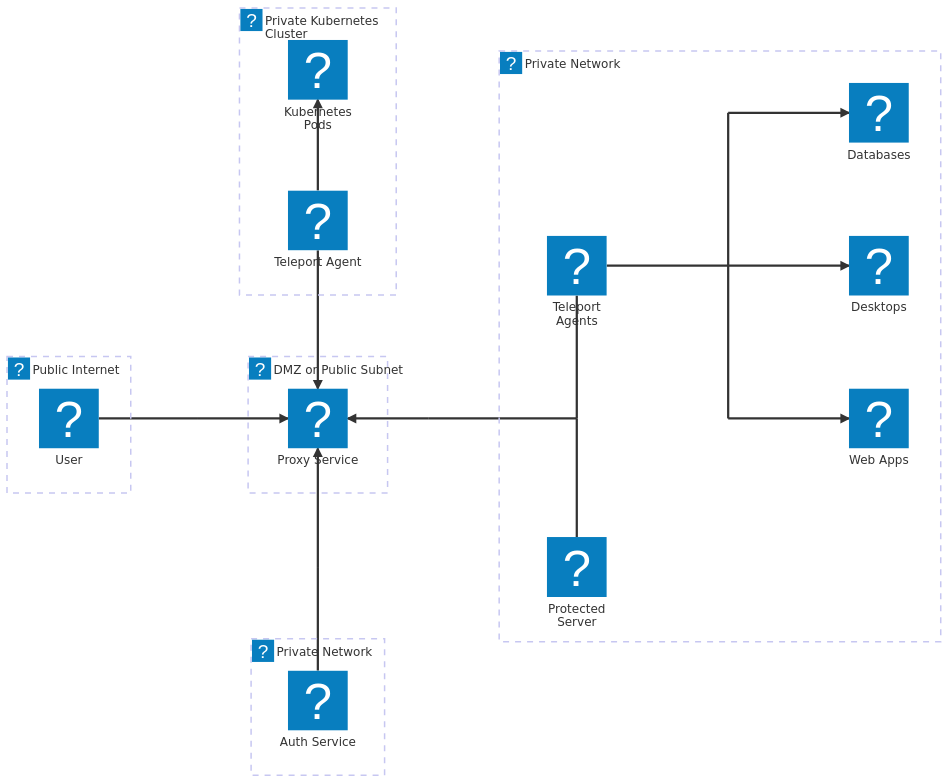
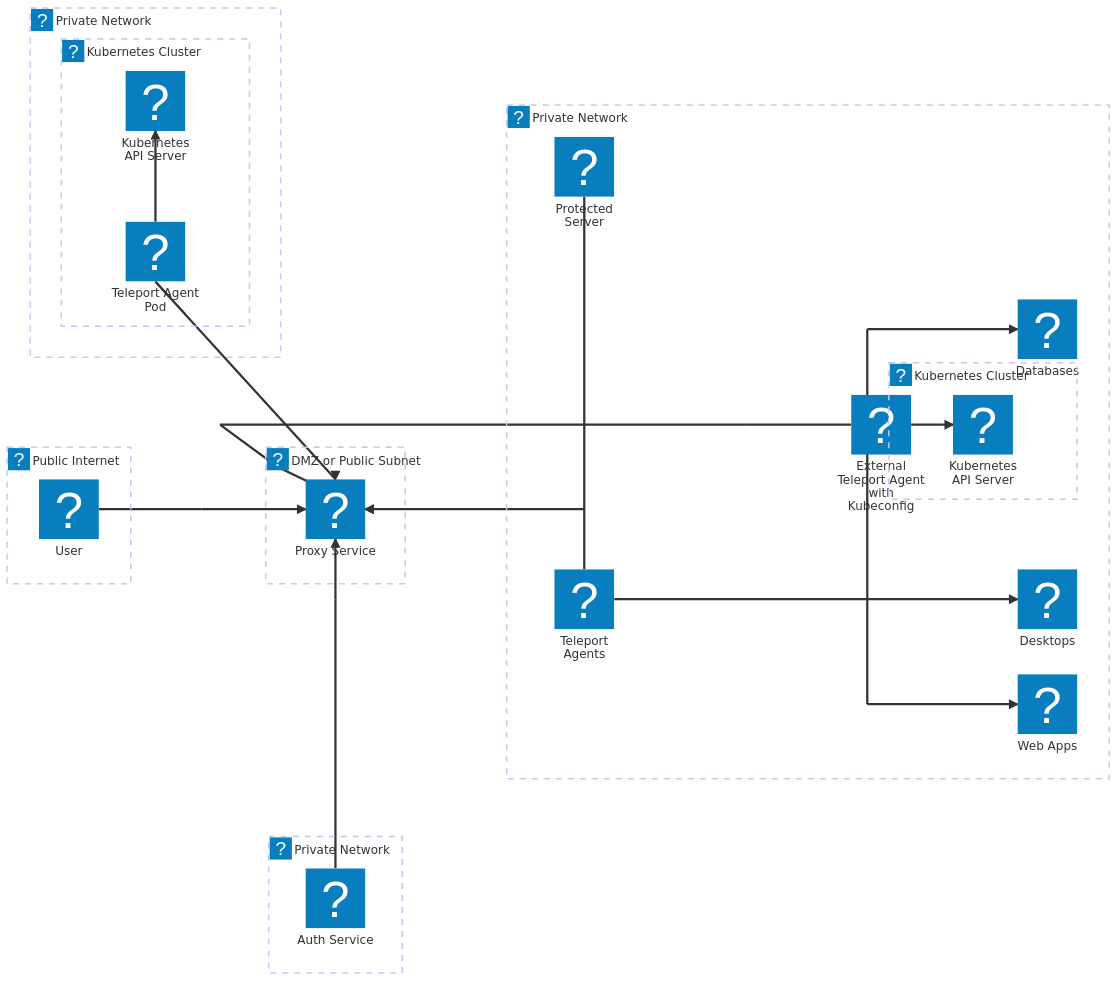
Before and after one commit to chicuongtpl/teleport: the diagram in docs/pages/reference/deployment/networking.mdx, drawn with Mermaid.

Commit message:
Edit Networking Reference diagram re: Kubernetes
- Show that the agent can run on a pod and talks to the Kubernetes API
  server.
- Include an external Teleport Agent

````diff
--- a/docs/pages/reference/deployment/networking.mdx
+++ b/docs/pages/reference/deployment/networking.mdx
@@ -39,71 +39,77 @@
 ```mermaid
 architecture-beta
 
 %% Networks
 group public_net(carbon-network-public)[Public Internet]
 group dmz_net(carbon-network-public)[DMZ or Public Subnet]
 group private_net(carbon-virtual-private-cloud)[Private Network]
 group private_net2(carbon-virtual-private-cloud)[Private Network]
-group k8s_net(carbon-virtual-private-cloud)[Private Kubernetes Cluster]
+group private_net3(carbon-virtual-private-cloud)[Private Network]
+group k8s_net(logos-kubernetes)[Kubernetes Cluster] in private_net3
+group k8s_net2(logos-kubernetes)[Kubernetes Cluster] in private_net
 
-%% Services
+%% Teleport services
 service user(carbon-user)[User] in public_net
 service proxy(teleport-logo-purple)[Proxy Service] in dmz_net
 service auth(teleport-logo-purple)[Auth Service] in private_net2
-
-%% Core Private Services
 service agent(teleport-logo-purple)[Teleport Agents] in private_net
 service ssh_node(teleport-logo-purple)[Protected Server] in private_net
 
-%% Destination Endpoints
+%% Destination endpoints
 service db(carbon-db2-database)[Databases] in private_net
 service windows(carbon-virtual-desktop)[Desktops] in private_net
 service webapp(carbon-code)[Web Apps] in private_net
 
-%% Kubernetes Group Services
-service k8s_agent(teleport-logo-purple)[Teleport Agent] in k8s_net
-service k8s_pods(logos-kubernetes)[Kubernetes Pods] in k8s_net
+%% Kubernetes group services
+service k8s_agent(teleport-logo-purple)[Teleport Agent Pod] in k8s_net
+service k8s_pods(logos-kubernetes)[Kubernetes API Server] in k8s_net
+service k8s_agent_external(teleport-logo-purple)[External Teleport Agent with Kubeconfig] in private_net
+service k8s_pods2(logos-kubernetes)[Kubernetes API Server] in k8s_net2
 
-%% Routing Junctions
+%% Routing junctions
 junction p_conn in private_net
 junction j_mid in private_net
 junction j_top in private_net
 junction j_bot in private_net
 
 %% Buffer junctions for spacing
 junction j_usr_buf
 junction j_proxy_agent_buf
 junction j_auth_proxy_buf
+junction j_ssh_proxy
 
-%% Control Plane & Edge Connections
+%% Control plane and edge connections
 user:R -- L:j_usr_buf
 j_usr_buf:R --> L:proxy
 auth:T -- B:j_auth_proxy_buf
 j_auth_proxy_buf:T --> B:proxy
 
-%% Kubernetes Cluster routing 
+%% Kubernetes cluster routing 
 %% Moved K8s group above the Proxy
 k8s_agent:B --> T:proxy
 k8s_agent:T --> B:k8s_pods
+k8s_agent_external:L -- R:p_conn
+k8s_agent_external:R --> L:k8s_pods2
 
 %% Reverse tunnel flow into the Proxy Service
 %% p_conn:L --> R:proxy
 
 p_conn:L -- R:j_proxy_agent_buf
 j_proxy_agent_buf:L --> R:proxy
 
 %% Positioning Teleport Agents above the SSH Service on a Linux Server
 %% service
-agent:B -- T:p_conn
-ssh_node:T -- B:p_conn
+ssh_node:B -- T:j_ssh_proxy
+j_ssh_proxy:L --> R:proxy
+agent:T -- B:j_ssh_proxy
 
 %% Vertical bus creation for endpoints
 agent:R -- L:j_mid
 j_mid:T -- B:j_top
 j_mid:B -- T:j_bot
 
 %% Vertically aligned destination endpoints
 j_top:R --> L:db
 j_mid:R --> L:windows
 j_bot:R --> L:webapp
 ```
````
